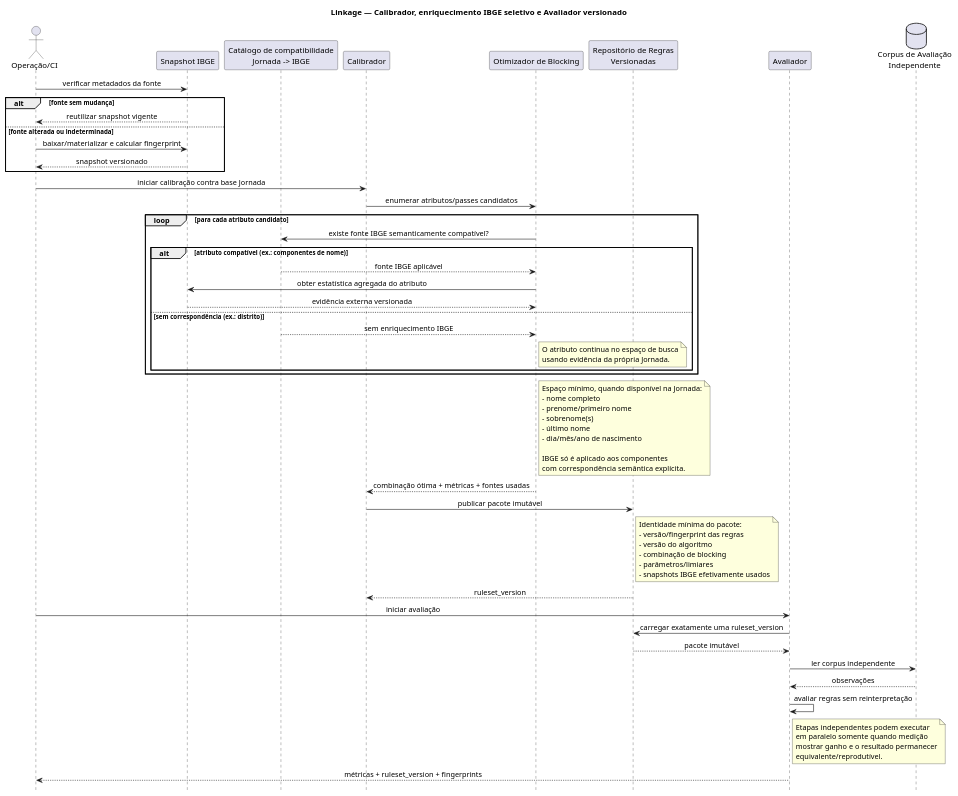
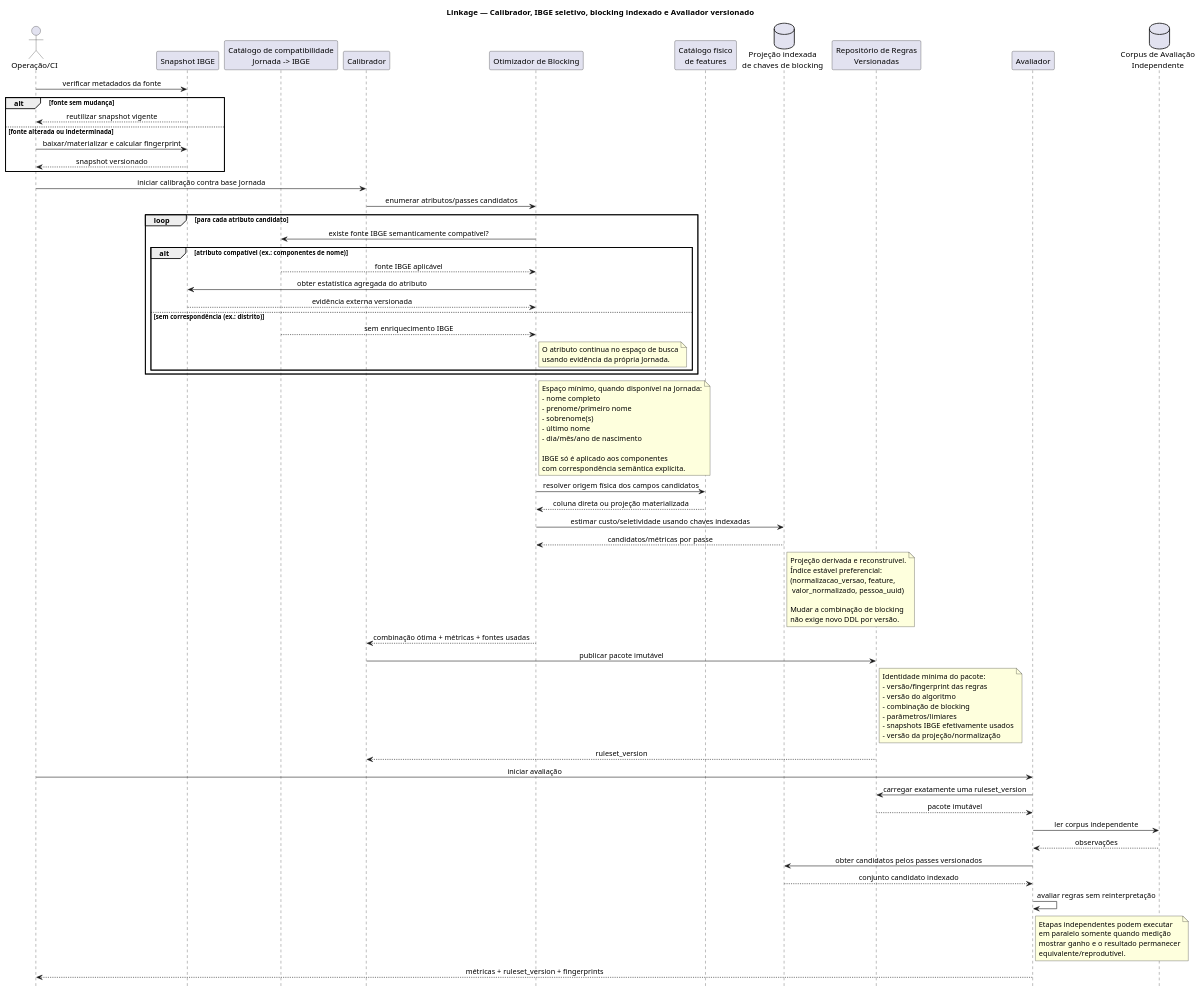
The diagram in Solution/docs/uml/Linkage_Calibrador_Avaliador_IBGE.puml (lucianox777/Jornada), drawn with PlantUML before and after one commit.

Commit message:
docs(linkage): model stable indexed projection for dynamic blocking

```diff
--- a/Solution/docs/uml/Linkage_Calibrador_Avaliador_IBGE.puml
+++ b/Solution/docs/uml/Linkage_Calibrador_Avaliador_IBGE.puml
@@ -1,78 +1,98 @@
 @startuml
 ' UML sequence diagram — Calibrador/Avaliador/IBGE
 hide footbox
 skinparam sequenceMessageAlign center
 
-title Linkage — Calibrador, enriquecimento IBGE seletivo e Avaliador versionado
+title Linkage — Calibrador, IBGE seletivo, blocking indexado e Avaliador versionado
 
 actor "Operação/CI" as Ops
 participant "Snapshot IBGE" as IbgeSnapshot
 participant "Catálogo de compatibilidade\nJornada -> IBGE" as IbgeCatalog
 participant "Calibrador" as Calibrator
 participant "Otimizador de Blocking" as Optimizer
+participant "Catálogo físico\nde features" as PhysicalCatalog
+database "Projeção indexada\nde chaves de blocking" as BlockingProjection
 participant "Repositório de Regras\nVersionadas" as Rules
 participant "Avaliador" as Evaluator
 database "Corpus de Avaliação\nIndependente" as EvalCorpus
 
 Ops -> IbgeSnapshot : verificar metadados da fonte
 alt fonte sem mudança
   IbgeSnapshot --> Ops : reutilizar snapshot vigente
 else fonte alterada ou indeterminada
   Ops -> IbgeSnapshot : baixar/materializar e calcular fingerprint
   IbgeSnapshot --> Ops : snapshot versionado
 end
 
 Ops -> Calibrator : iniciar calibração contra base Jornada
 Calibrator -> Optimizer : enumerar atributos/passes candidatos
 loop para cada atributo candidato
   Optimizer -> IbgeCatalog : existe fonte IBGE semanticamente compatível?
   alt atributo compatível (ex.: componentes de nome)
     IbgeCatalog --> Optimizer : fonte IBGE aplicável
     Optimizer -> IbgeSnapshot : obter estatística agregada do atributo
     IbgeSnapshot --> Optimizer : evidência externa versionada
   else sem correspondência (ex.: distrito)
     IbgeCatalog --> Optimizer : sem enriquecimento IBGE
     note right of Optimizer
       O atributo continua no espaço de busca
       usando evidência da própria Jornada.
     end note
   end
 end
 note right of Optimizer
 Espaço mínimo, quando disponível na Jornada:
 - nome completo
 - prenome/primeiro nome
 - sobrenome(s)
 - último nome
 - dia/mês/ano de nascimento
 
 IBGE só é aplicado aos componentes
 com correspondência semântica explícita.
 end note
+
+Optimizer -> PhysicalCatalog : resolver origem física dos campos candidatos
+PhysicalCatalog --> Optimizer : coluna direta ou projeção materializada
+Optimizer -> BlockingProjection : estimar custo/seletividade usando chaves indexadas
+BlockingProjection --> Optimizer : candidatos/métricas por passe
+note right of BlockingProjection
+Projeção derivada e reconstruível.
+Índice estável preferencial:
+(normalizacao_versao, feature,
+ valor_normalizado, pessoa_uuid)
+
+Mudar a combinação de blocking
+não exige novo DDL por versão.
+end note
+
 Optimizer --> Calibrator : combinação ótima + métricas + fontes usadas
 Calibrator -> Rules : publicar pacote imutável
 note right of Rules
 Identidade mínima do pacote:
 - versão/fingerprint das regras
 - versão do algoritmo
 - combinação de blocking
 - parâmetros/limiares
 - snapshots IBGE efetivamente usados
+- versão da projeção/normalização
 end note
 Rules --> Calibrator : ruleset_version
 
 Ops -> Evaluator : iniciar avaliação
 Evaluator -> Rules : carregar exatamente uma ruleset_version
 Rules --> Evaluator : pacote imutável
 Evaluator -> EvalCorpus : ler corpus independente
 EvalCorpus --> Evaluator : observações
+Evaluator -> BlockingProjection : obter candidatos pelos passes versionados
+BlockingProjection --> Evaluator : conjunto candidato indexado
 Evaluator -> Evaluator : avaliar regras sem reinterpretação
 note right of Evaluator
 Etapas independentes podem executar
 em paralelo somente quando medição
 mostrar ganho e o resultado permanecer
 equivalente/reprodutível.
 end note
 Evaluator --> Ops : métricas + ruleset_version + fingerprints
 
 @enduml
```
